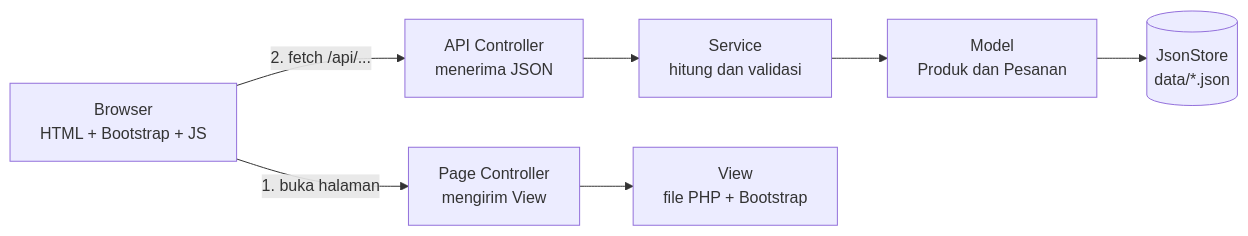
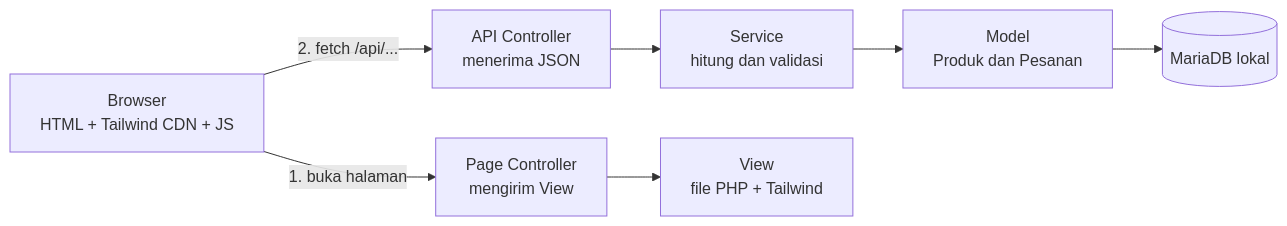
One commit to Sayogi-lgtm/Loumart changed the first of 2 diagrams in docs/architecture.md. Above: the diagram before and after it, drawn with Mermaid. The commit also changed other lines of this file and 77 other files, not shown here.

````diff
--- a/docs/architecture.md
+++ b/docs/architecture.md
@@ -21,9 +22,9 @@
 ```mermaid
 flowchart LR
-    B[Browser<br/>HTML + Bootstrap + JS] -->|1. buka halaman| P[Page Controller<br/>mengirim View]
+    B[Browser<br/>HTML + Tailwind CDN + JS] -->|1. buka halaman| P[Page Controller<br/>mengirim View]
     B -->|2. fetch /api/...| A[API Controller<br/>menerima JSON]
     A --> S[Service<br/>hitung dan validasi]
     S --> M[Model<br/>Produk dan Pesanan]
-    M --> J[(JsonStore<br/>data/*.json)]
-    P --> V[View<br/>file PHP + Bootstrap]
+    M --> J[(MariaDB lokal)]
+    P --> V[View<br/>file PHP + Tailwind]
 ```
````
